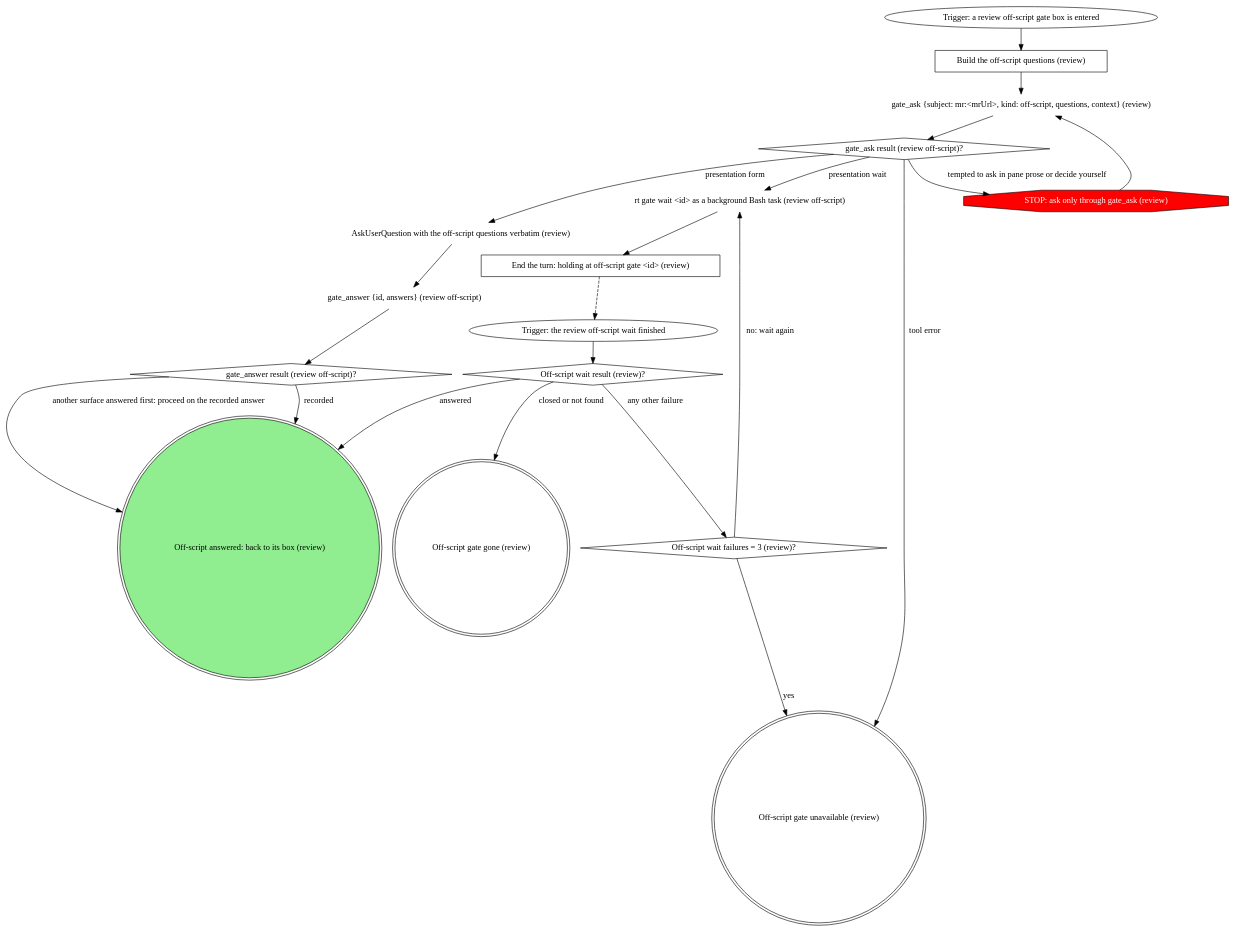
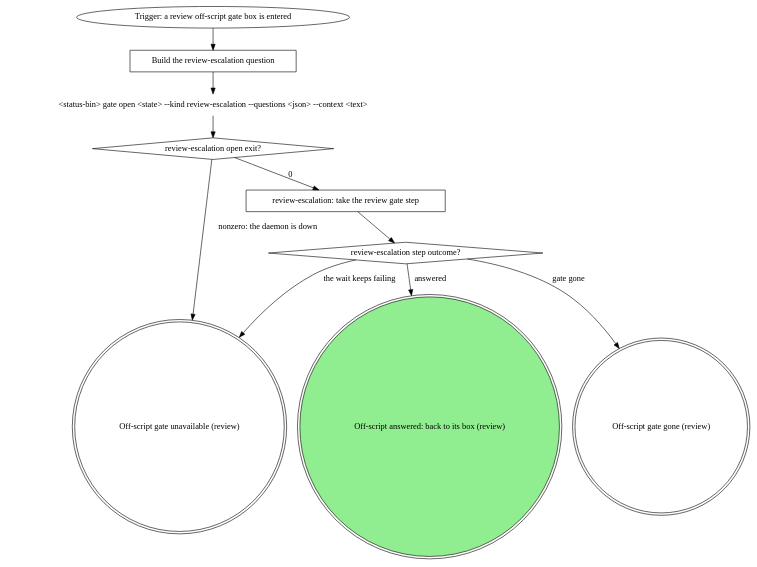
The third of 3 diagrams in apps/board/skills-src/review/SKILL.md (m4ttstack/mattstack), drawn with Graphviz before and after one commit. The commit also changed other lines of this file and 1 other file, not shown here.

Commit message:
board:review: escalations park and resume; verdict recorded; STOPs pass the counter; held outcome

````diff
--- a/apps/board/skills-src/review/SKILL.md
+++ b/apps/board/skills-src/review/SKILL.md
@@ -1057,43 +1181,25 @@
 ```dot
 digraph review_off_script_step {
     rankdir=TB;
 
     "Trigger: a review off-script gate box is entered" [shape=ellipse];
-    "Build the off-script questions (review)" [shape=box];
-    "gate_ask {subject: mr:<mrUrl>, kind: off-script, questions, context} (review)" [shape=plaintext];
-    "gate_ask result (review off-script)?" [shape=diamond];
-    "STOP: ask only through gate_ask (review)" [shape=octagon style=filled fillcolor=red fontcolor=white];
-    "AskUserQuestion with the off-script questions verbatim (review)" [shape=plaintext];
-    "gate_answer {id, answers} (review off-script)" [shape=plaintext];
-    "gate_answer result (review off-script)?" [shape=diamond];
-    "rt gate wait <id> as a background Bash task (review off-script)" [shape=plaintext];
-    "End the turn: holding at off-script gate <id> (review)" [shape=box];
-    "Trigger: the review off-script wait finished" [shape=ellipse];
-    "Off-script wait result (review)?" [shape=diamond];
-    "Off-script wait failures = 3 (review)?" [shape=diamond];
+    "Build the review-escalation question" [shape=box];
+    "<status-bin> gate open <state> --kind review-escalation --questions <json> --context <text>" [shape=plaintext];
+    "review-escalation open exit?" [shape=diamond];
+    "review-escalation: take the review gate step" [shape=box];
+    "review-escalation step outcome?" [shape=diamond];
     "Off-script gate gone (review)" [shape=doublecircle];
     "Off-script gate unavailable (review)" [shape=doublecircle];
     "Off-script answered: back to its box (review)" [shape=doublecircle style=filled fillcolor=lightgreen];
 
-    "Trigger: a review off-script gate box is entered" -> "Build the off-script questions (review)";
-    "Build the off-script questions (review)" -> "gate_ask {subject: mr:<mrUrl>, kind: off-script, questions, context} (review)";
-    "gate_ask {subject: mr:<mrUrl>, kind: off-script, questions, context} (review)" -> "gate_ask result (review off-script)?";
-    "gate_ask result (review off-script)?" -> "AskUserQuestion with the off-script questions verbatim (review)" [label="presentation form"];
-    "gate_ask result (review off-script)?" -> "rt gate wait <id> as a background Bash task (review off-script)" [label="presentation wait"];
-    "gate_ask result (review off-script)?" -> "Off-script gate unavailable (review)" [label="tool error"];
-    "gate_ask result (review off-script)?" -> "STOP: ask only through gate_ask (review)" [label="tempted to ask in pane prose or decide yourself"];
-    "STOP: ask only through gate_ask (review)" -> "gate_ask {subject: mr:<mrUrl>, kind: off-script, questions, context} (review)";
-    "AskUserQuestion with the off-script questions verbatim (review)" -> "gate_answer {id, answers} (review off-script)";
-    "gate_answer {id, answers} (review off-script)" -> "gate_answer result (review off-script)?";
-    "gate_answer result (review off-script)?" -> "Off-script answered: back to its box (review)" [label="recorded"];
-    "gate_answer result (review off-script)?" -> "Off-script answered: back to its box (review)" [label="another surface answered first: proceed on the recorded answer"];
-    "rt gate wait <id> as a background Bash task (review off-script)" -> "End the turn: holding at off-script gate <id> (review)";
-    "End the turn: holding at off-script gate <id> (review)" -> "Trigger: the review off-script wait finished" [style=dashed];
-    "Trigger: the review off-script wait finished" -> "Off-script wait result (review)?";
-    "Off-script wait result (review)?" -> "Off-script answered: back to its box (review)" [label="answered"];
-    "Off-script wait result (review)?" -> "Off-script gate gone (review)" [label="closed or not found"];
-    "Off-script wait result (review)?" -> "Off-script wait failures = 3 (review)?" [label="any other failure"];
-    "Off-script wait failures = 3 (review)?" -> "rt gate wait <id> as a background Bash task (review off-script)" [label="no: wait again"];
-    "Off-script wait failures = 3 (review)?" -> "Off-script gate unavailable (review)" [label="yes"];
+    "Trigger: a review off-script gate box is entered" -> "Build the review-escalation question";
+    "Build the review-escalation question" -> "<status-bin> gate open <state> --kind review-escalation --questions <json> --context <text>";
+    "<status-bin> gate open <state> --kind review-escalation --questions <json> --context <text>" -> "review-escalation open exit?";
+    "review-escalation open exit?" -> "review-escalation: take the review gate step" [label="0"];
+    "review-escalation open exit?" -> "Off-script gate unavailable (review)" [label="nonzero: the daemon is down"];
+    "review-escalation: take the review gate step" -> "review-escalation step outcome?";
+    "review-escalation step outcome?" -> "Off-script answered: back to its box (review)" [label="answered"];
+    "review-escalation step outcome?" -> "Off-script gate gone (review)" [label="gate gone"];
+    "review-escalation step outcome?" -> "Off-script gate unavailable (review)" [label="the wait keeps failing"];
 }
 ```
````
